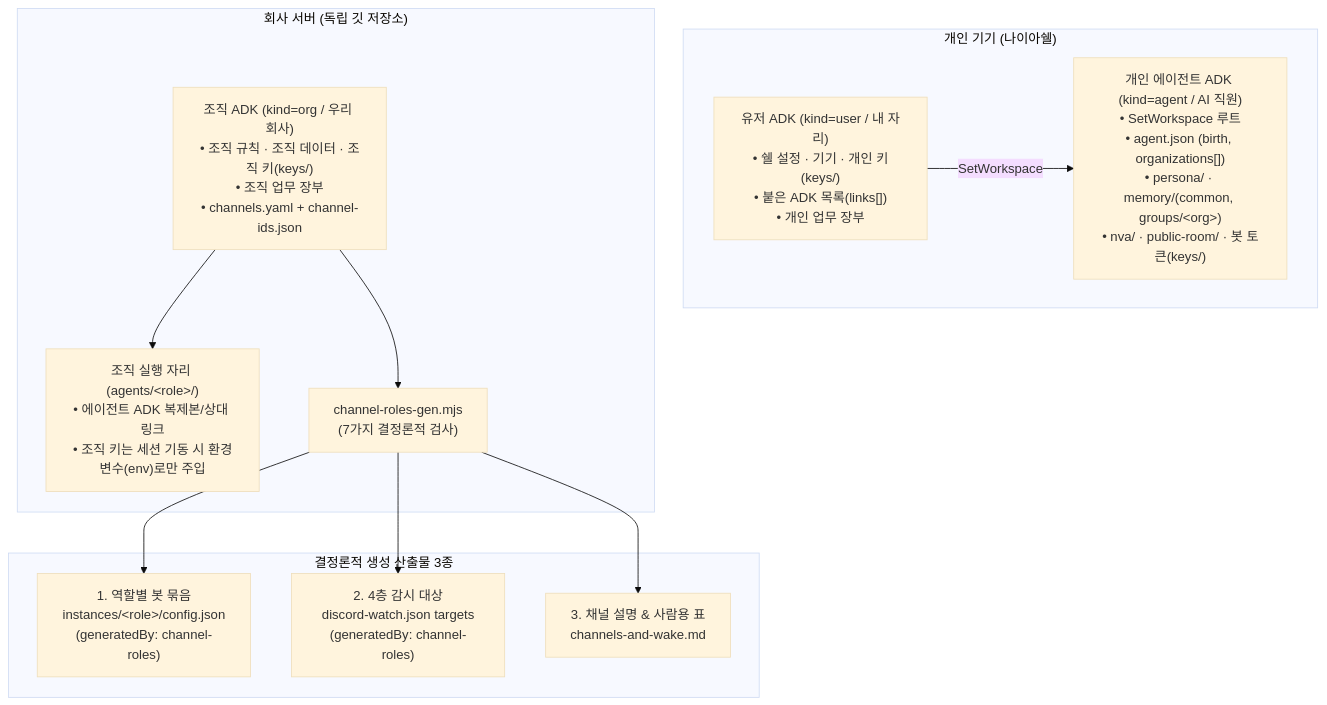
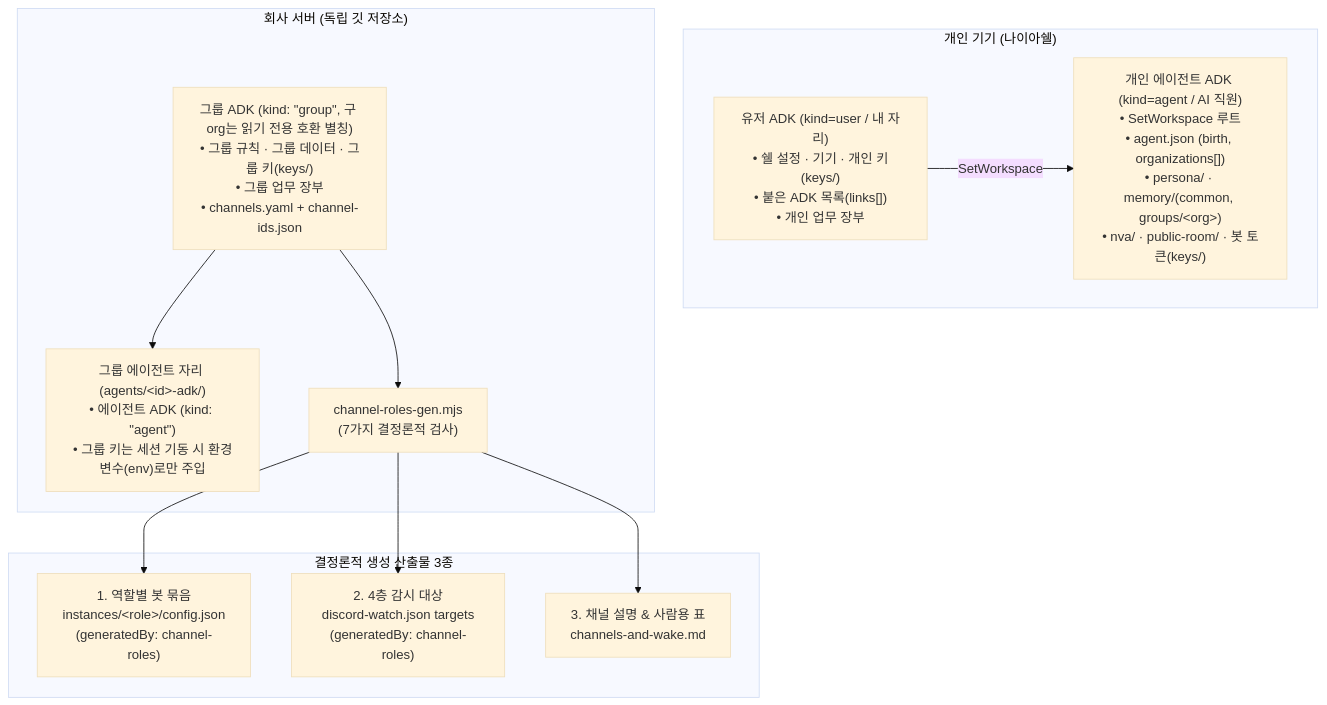
One commit to nextain/naia-adk changed the diagram in rules/discord-channel-roles-and-org-adk.md. Above: the diagram before and after it, drawn with Mermaid (base theme). The commit also changed other lines of this file and 28 other files, not shown here.

First line of the commit message:
feat(adk): v2.0.0 group manifest, agent seats, work-doc schedule (P-13-2)

````diff
--- a/rules/discord-channel-roles-and-org-adk.md
+++ b/rules/discord-channel-roles-and-org-adk.md
@@ -31,26 +31,26 @@
 ```mermaid
 flowchart TB
     subgraph UserDevice["개인 기기 (나이아쉘)"]
         U["유저 ADK (kind=user / 내 자리)<br/>• 쉘 설정 · 기기 · 개인 키(keys/)<br/>• 붙은 ADK 목록(links[])<br/>• 개인 업무 장부"]
         A1["개인 에이전트 ADK (kind=agent / AI 직원)<br/>• SetWorkspace 루트<br/>• agent.json (birth, organizations[])<br/>• persona/ · memory/(common, groups/&lt;org&gt;)<br/>• nva/ · public-room/ · 봇 토큰(keys/)"]
         U -->|SetWorkspace| A1
     end
 
     subgraph OrgServer["회사 서버 (독립 깃 저장소)"]
-        O["조직 ADK (kind=org / 우리 회사)<br/>• 조직 규칙 · 조직 데이터 · 조직 키(keys/)<br/>• 조직 업무 장부<br/>• channels.yaml + channel-ids.json"]
-        SLOT["조직 실행 자리 (agents/&lt;role&gt;/)<br/>• 에이전트 ADK 복제본/상대 링크<br/>• 조직 키는 세션 기동 시 환경변수(env)로만 주입"]
+        O["그룹 ADK (kind: &quot;group&quot;, 구 org는 읽기 전용 호환 별칭)<br/>• 그룹 규칙 · 그룹 데이터 · 그룹 키(keys/)<br/>• 그룹 업무 장부<br/>• channels.yaml + channel-ids.json"]
+        SLOT["그룹 에이전트 자리 (agents/&lt;id&gt;-adk/)<br/>• 에이전트 ADK (kind: &quot;agent&quot;)<br/>• 그룹 키는 세션 기동 시 환경변수(env)로만 주입"]
         GEN["channel-roles-gen.mjs<br/>(7가지 결정론적 검사)"]
         O --> SLOT
         O --> GEN
     end
 
     subgraph Outputs["결정론적 생성 산출물 3종"]
         OUT1["1. 역할별 봇 묶음<br/>instances/&lt;role&gt;/config.json<br/>(generatedBy: channel-roles)"]
         OUT2["2. 4층 감시 대상<br/>discord-watch.json targets<br/>(generatedBy: channel-roles)"]
         OUT3["3. 채널 설명 & 사람용 표<br/>channels-and-wake.md"]
     end
 
     GEN --> OUT1
     GEN --> OUT2
     GEN --> OUT3
 ```
````
